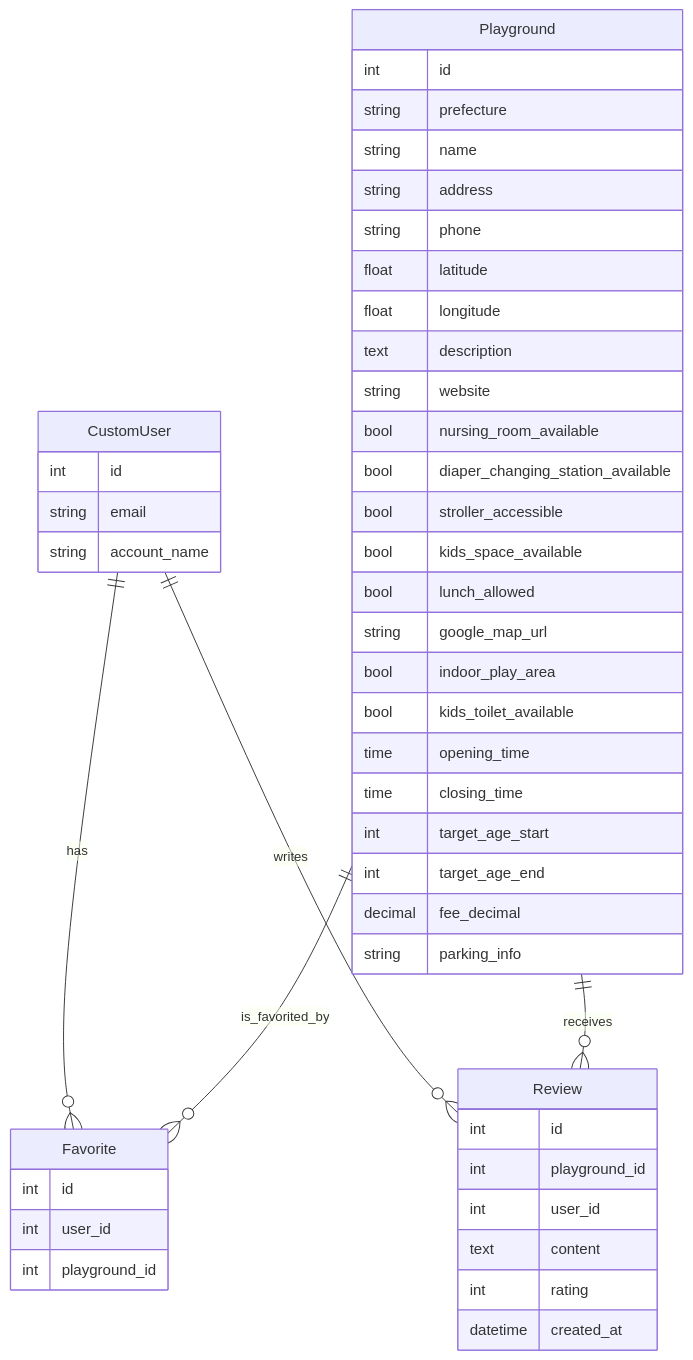
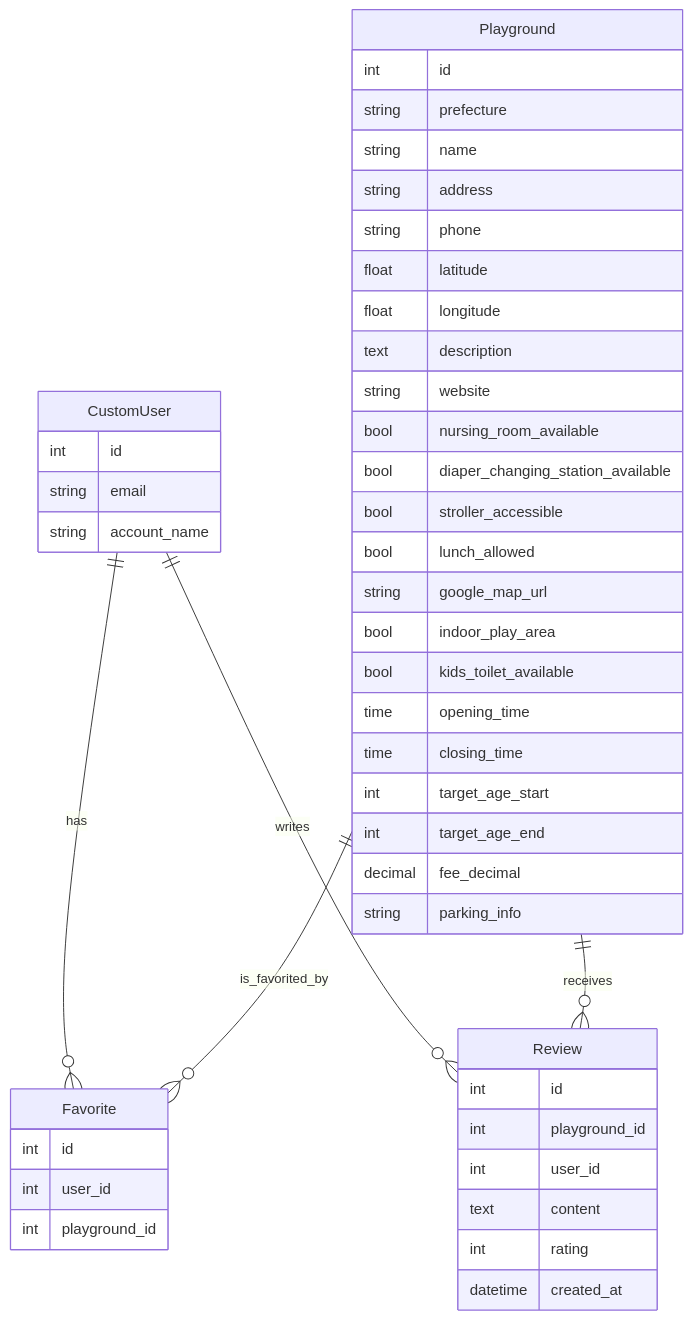
The diagram in docs/db_design.md (jam006097/kids-playground), drawn with Mermaid before and after one commit. The commit also changed other lines of this file and 3 other files, not shown here.

````diff
--- a/docs/db_design.md
+++ b/docs/db_design.md
@@ -4,51 +4,50 @@
 ```mermaid
 erDiagram
     CustomUser ||--o{ Favorite : has
     CustomUser ||--o{ Review : writes
     Playground ||--o{ Favorite : is_favorited_by
     Playground ||--o{ Review : receives
 
     CustomUser {
         int id
         string email
         string account_name
     }
     Playground {
         int id
         string prefecture
         string name
         string address
         string phone
         float latitude
         float longitude
         text description
         string website
         bool nursing_room_available
         bool diaper_changing_station_available
         bool stroller_accessible
-        bool kids_space_available
         bool lunch_allowed
         string google_map_url
         bool indoor_play_area
         bool kids_toilet_available
         time opening_time
         time closing_time
         int target_age_start
         int target_age_end
         decimal fee_decimal
         string parking_info
     }
     Favorite {
         int id
         int user_id
         int playground_id
     }
     Review {
         int id
         int playground_id
         int user_id
         text content
         int rating
         datetime created_at
     }
 ```
````
